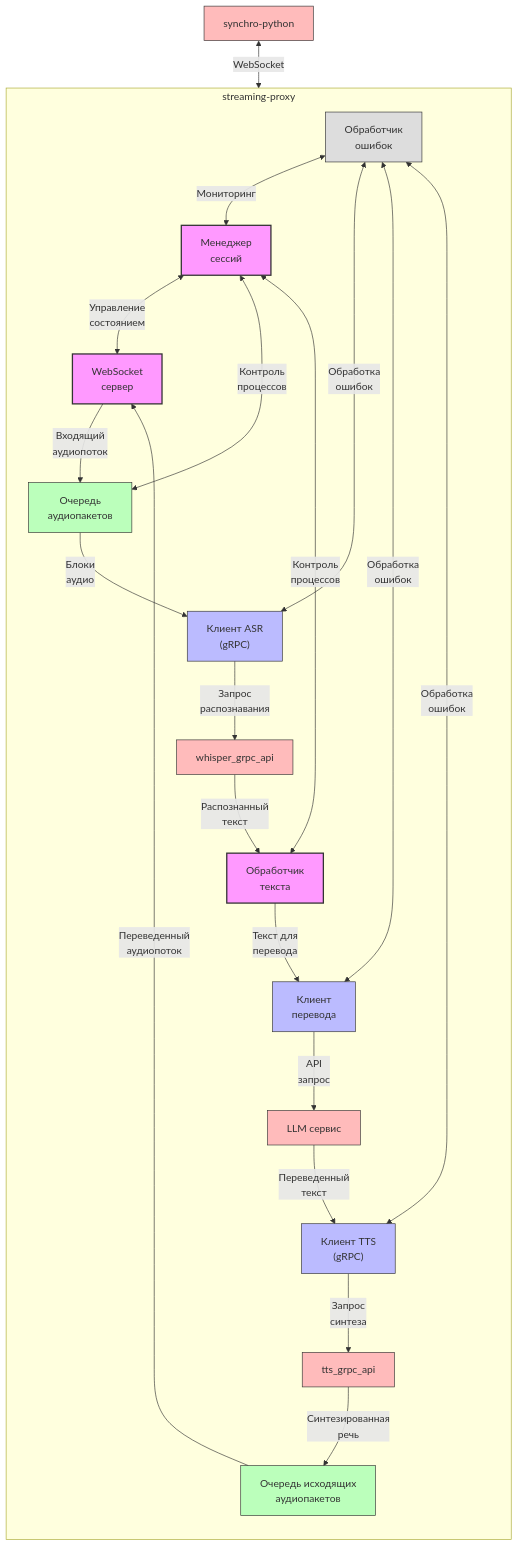
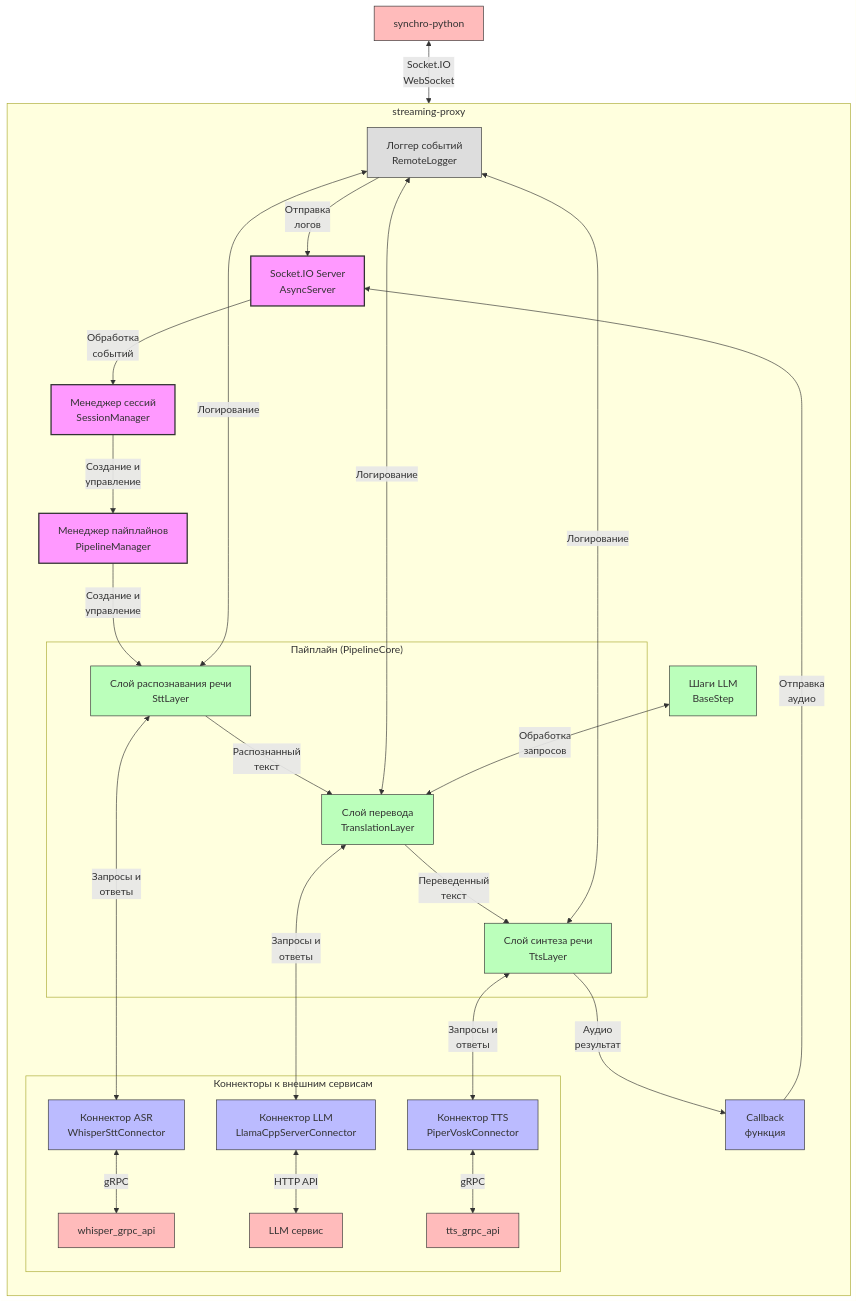
The third of 7 diagrams in services_documentation.md (aineurostream/docs), drawn with Mermaid before and after one commit. The commit also changed other lines of this file and 2 other files, not shown here.

````diff
--- a/services_documentation.md
+++ b/services_documentation.md
@@ -109,44 +144,50 @@
 ```mermaid
 flowchart TB
     subgraph "streaming-proxy"
         direction TB
         
-        WebSocketServer["WebSocket<br>сервер"] -->|"Входящий<br>аудиопоток"| AudioQueue["Очередь<br>аудиопакетов"]
+        SocketIOServer["Socket.IO Server<br>AsyncServer"] -->|"Обработка<br>событий"| SessionManager["Менеджер сессий<br>SessionManager"]
         
-        AudioQueue -->|"Блоки<br>аудио"| ASRClient["Клиент ASR<br>(gRPC)"]
-        ASRClient -->|"Запрос<br>распознавания"| WhisperAPI["whisper_grpc_api"]
-        WhisperAPI -->|"Распознанный<br>текст"| TextProcessor["Обработчик<br>текста"]
+        SessionManager -->|"Создание и<br>управление"| PipelineManager["Менеджер пайплайнов<br>PipelineManager"]
         
-        TextProcessor -->|"Текст для<br>перевода"| TranslationClient["Клиент<br>перевода"]
-        TranslationClient -->|"API<br>запрос"| LLM["LLM сервис"]
-        LLM -->|"Переведенный<br>текст"| TTSClient["Клиент TTS<br>(gRPC)"]
+        subgraph "Пайплайн (PipelineCore)"
+            SttLayer["Слой распознавания речи<br>SttLayer"] -->|"Распознанный<br>текст"| TranslationLayer["Слой перевода<br>TranslationLayer"]
+            TranslationLayer -->|"Переведенный<br>текст"| TtsLayer["Слой синтеза речи<br>TtsLayer"]
+        end
         
-        TTSClient -->|"Запрос<br>синтеза"| TTS["tts_grpc_api"]
-        TTS -->|"Синтезированная<br>речь"| AudioResponseQueue["Очередь исходящих<br>аудиопакетов"]
+        PipelineManager -->|"Создание и<br>управление"| SttLayer
+        TtsLayer -->|"Аудио<br>результат"| PipelineCallback["Callback<br>функция"]
+        PipelineCallback -->|"Отправка<br>аудио"| SocketIOServer
         
-        AudioResponseQueue -->|"Переведенный<br>аудиопоток"| WebSocketServer
+        subgraph "Коннекторы к внешним сервисам"
+            WhisperConnector["Коннектор ASR<br>WhisperSttConnector"] <-->|"gRPC"| WhisperAPI["whisper_grpc_api"]
+            LlmConnector["Коннектор LLM<br>LlamaCppServerConnector"] <-->|"HTTP API"| LLM["LLM сервис"]
+            TtsConnector["Коннектор TTS<br>PiperVoskConnector"] <-->|"gRPC"| TTS["tts_grpc_api"]
+        end
         
-        SessionManager["Менеджер<br>сессий"] <-->|"Управление<br>состоянием"| WebSocketServer
-        SessionManager <-->|"Контроль<br>процессов"| AudioQueue
-        SessionManager <-->|"Контроль<br>процессов"| TextProcessor
+        SttLayer <-->|"Запросы и<br>ответы"| WhisperConnector
+        TranslationLayer <-->|"Запросы и<br>ответы"| LlmConnector
+        TtsLayer <-->|"Запросы и<br>ответы"| TtsConnector
         
-        ErrorHandler["Обработчик<br>ошибок"] <-->|"Мониторинг"| SessionManager
-        ErrorHandler <-->|"Обработка<br>ошибок"| ASRClient
-        ErrorHandler <-->|"Обработка<br>ошибок"| TranslationClient
-        ErrorHandler <-->|"Обработка<br>ошибок"| TTSClient
+        RemoteLogger["Логгер событий<br>RemoteLogger"] <-->|"Логирование"| SttLayer
+        RemoteLogger <-->|"Логирование"| TranslationLayer
+        RemoteLogger <-->|"Логирование"| TtsLayer
+        RemoteLogger -->|"Отправка<br>логов"| SocketIOServer
+        
+        LlmSteps["Шаги LLM<br>BaseStep"] <-->|"Обработка<br>запросов"| TranslationLayer
     end
     
-    SynchroClient["synchro-python"] <-->|"WebSocket"| WebSocketServer
+    Client["synchro-python"] <-->|"Socket.IO<br>WebSocket"| SocketIOServer
     
     classDef core fill:#f9f,stroke:#333,stroke-width:2px;
-    classDef queue fill:#bfb,stroke:#333,stroke-width:1px;
-    classDef client fill:#bbf,stroke:#333,stroke-width:1px;
+    classDef layer fill:#bfb,stroke:#333,stroke-width:1px;
+    classDef connector fill:#bbf,stroke:#333,stroke-width:1px;
     classDef external fill:#fbb,stroke:#333,stroke-width:1px;
     classDef manager fill:#ddd,stroke:#333,stroke-width:1px;
     
-    class WebSocketServer,TextProcessor,SessionManager core;
-    class AudioQueue,AudioResponseQueue queue;
-    class ASRClient,TranslationClient,TTSClient client;
-    class WhisperAPI,LLM,TTS,SynchroClient external;
-    class ErrorHandler manager;
+    class SocketIOServer,PipelineManager,SessionManager core;
+    class SttLayer,TranslationLayer,TtsLayer,LlmSteps layer;
+    class WhisperConnector,LlmConnector,TtsConnector,PipelineCallback connector;
+    class WhisperAPI,LLM,TTS,Client external;
+    class RemoteLogger manager;
 ```
````
